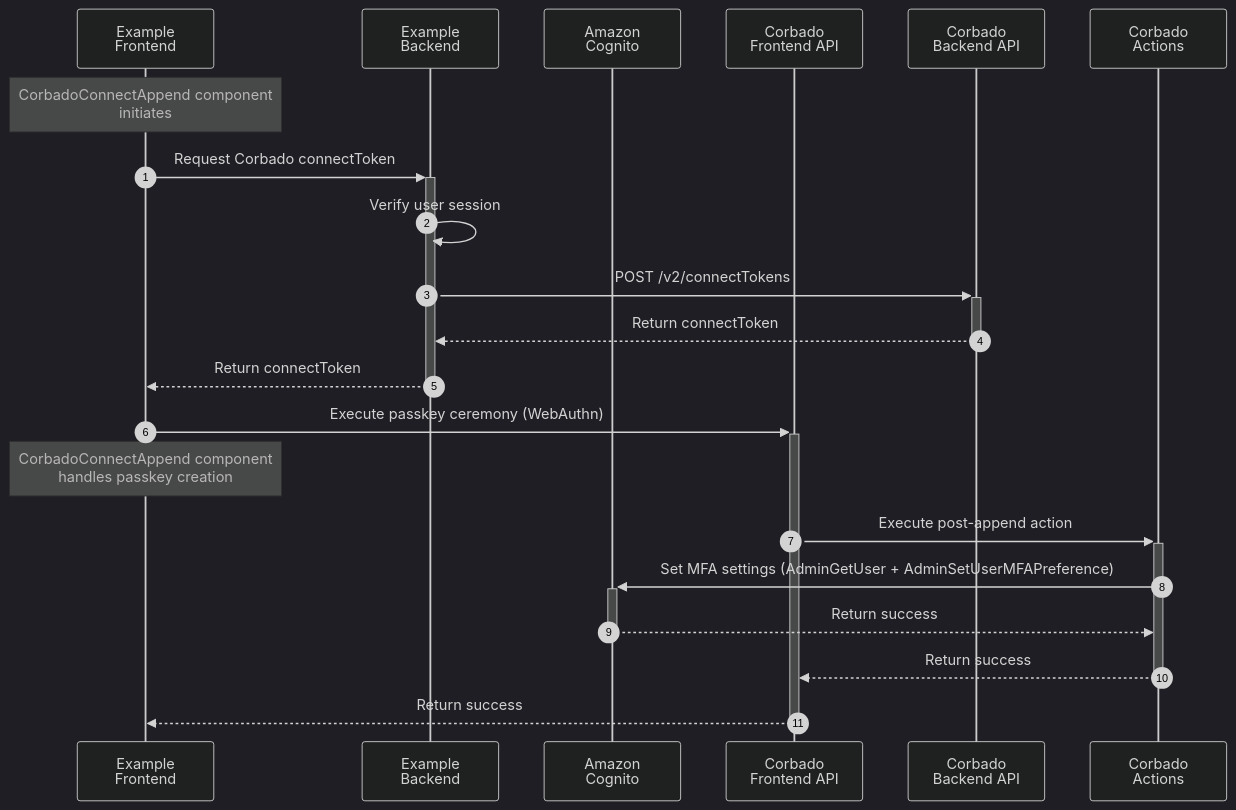
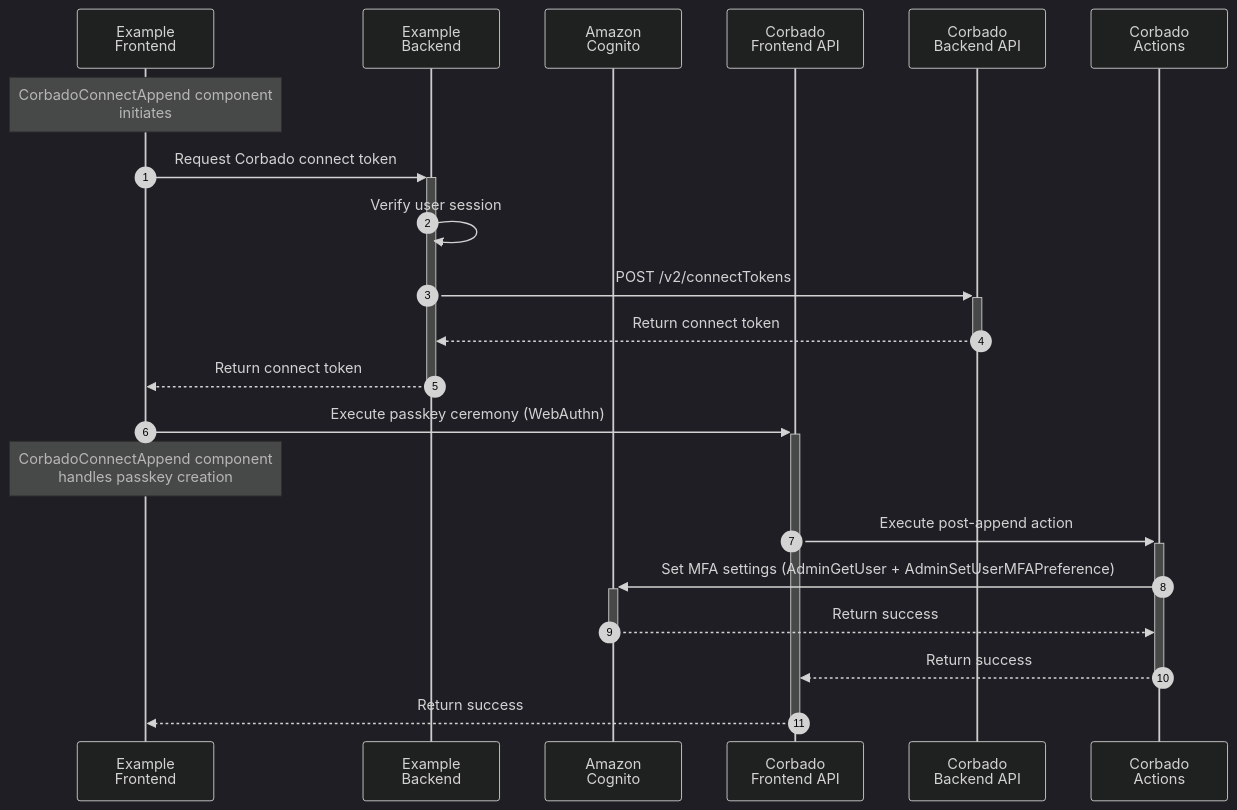
Before and after one commit to corbadotech/docs: the first of 3 diagrams in corbado-connect/integration/cognito.mdx, drawn with Mermaid (dark theme). The commit also changed other lines of this file and 5 other files, not shown here.

Commit message:
Rename connectToken to connect token

````diff
--- a/corbado-connect/integration/cognito.mdx
+++ b/corbado-connect/integration/cognito.mdx
@@ -52,25 +52,25 @@
 ```mermaid
 sequenceDiagram
     autonumber
     participant ExampleFrontend as Example<br />Frontend
     participant ExampleBackend as Example<br />Backend
     participant Cognito as Amazon<br />Cognito
     participant FAPI as Corbado<br />Frontend API
     participant BAPI as Corbado<br />Backend API
     participant Actions as Corbado<br />Actions
 
     Note over ExampleFrontend: CorbadoConnectAppend component<br />initiates
-    ExampleFrontend->>+ExampleBackend: Request Corbado connectToken
+    ExampleFrontend->>+ExampleBackend: Request Corbado connect token
     ExampleBackend->>ExampleBackend: Verify user session
     ExampleBackend->>+BAPI: POST /v2/connectTokens
-    BAPI-->>-ExampleBackend: Return connectToken
-    ExampleBackend-->>-ExampleFrontend: Return connectToken
+    BAPI-->>-ExampleBackend: Return connect token
+    ExampleBackend-->>-ExampleFrontend: Return connect token
 
     ExampleFrontend->>+FAPI: Execute passkey ceremony (WebAuthn)
     Note over ExampleFrontend: CorbadoConnectAppend component<br />handles passkey creation
     FAPI->>+Actions: Execute post-append action
     Actions->>+Cognito: Set MFA settings (AdminGetUser + AdminSetUserMFAPreference)
     Cognito-->>-Actions: Return success
     Actions-->>-FAPI: Return success
     FAPI-->>-ExampleFrontend: Return success
 ```
````
